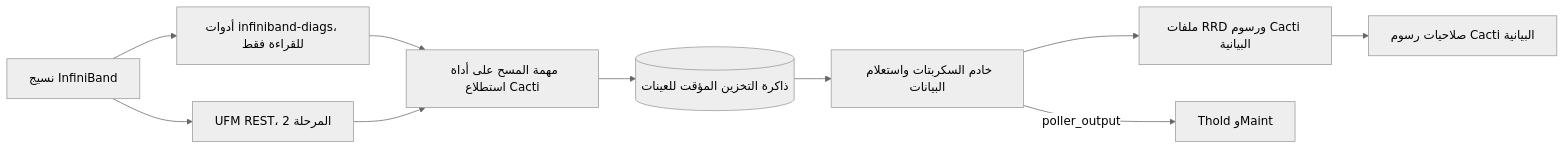
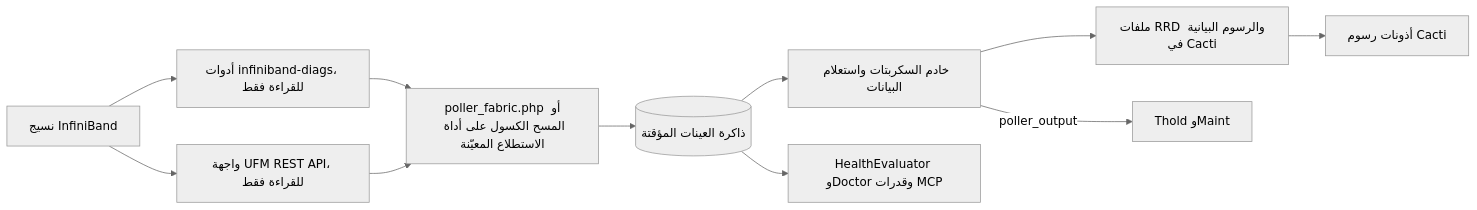
The diagram in docs/i18n/ar-EG/README.md (somethingwithproof/plugin_fabric), drawn with Mermaid (neutral theme) before and after one commit. The commit also changed other lines of this file and 48 other files, not shown here.

````diff
--- a/docs/i18n/ar-EG/README.md
+++ b/docs/i18n/ar-EG/README.md
@@ -101,12 +132,13 @@
 ```mermaid
 flowchart LR
     F["نسيج InfiniBand"] --> T["أدوات infiniband-diags، للقراءة فقط"]
-    F --> U["UFM REST، المرحلة 2"]
-    T --> S["مهمة المسح على أداة استطلاع Cacti"]
+    F --> U["واجهة UFM REST API، للقراءة فقط"]
+    T --> S["poller_fabric.php أو المسح الكسول على أداة الاستطلاع المعيّنة"]
     U --> S
-    S --> C[("ذاكرة التخزين المؤقت للعينات")]
+    S --> C[("ذاكرة العينات المؤقتة")]
     C --> SS["خادم السكربتات واستعلام البيانات"]
-    SS --> R["ملفات RRD ورسوم Cacti البيانية"]
+    SS --> R["ملفات RRD والرسوم البيانية في Cacti"]
     SS -->|poller_output| TH["Thold وMaint"]
-    R --> P["صلاحيات رسوم Cacti البيانية"]
+    C --> H["HealthEvaluator وDoctor وقدرات MCP"]
+    R --> P["أذونات رسوم Cacti"]
 ```
````
